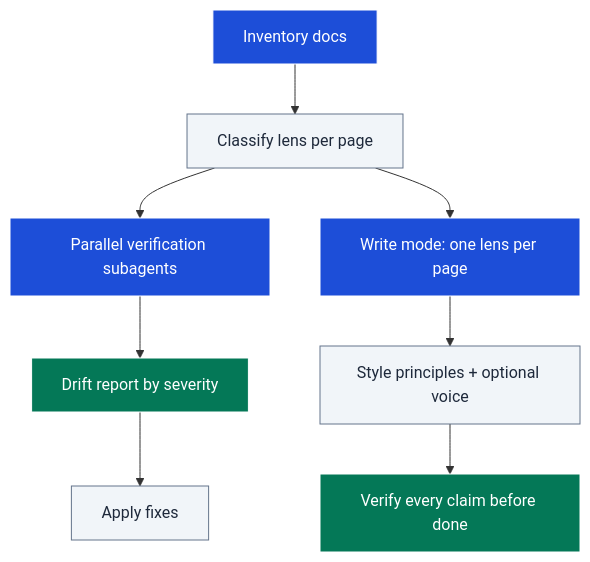
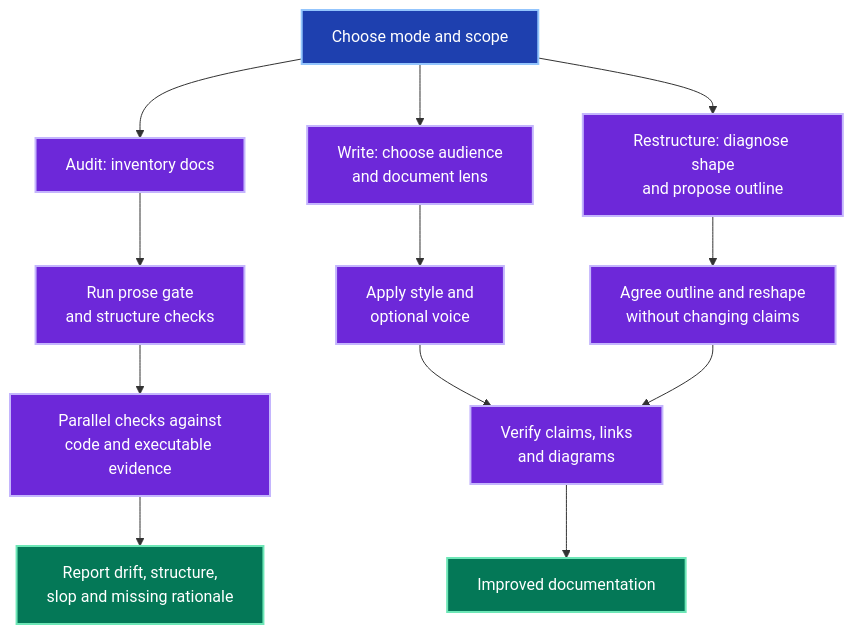
Before and after one commit to jpeakai/skills: the second of 2 diagrams in plugins/jpai-essentials/skills/gooddocs/README.md, drawn with Mermaid. The commit also changed other lines of this file and 118 other files, not shown here.

````diff
--- a/plugins/jpai-essentials/skills/gooddocs/README.md
+++ b/plugins/jpai-essentials/skills/gooddocs/README.md
@@ -53,17 +69,18 @@
 ```mermaid
 flowchart TD
-    I[Inventory docs] --> C[Classify lens per page]
-    C --> S[Parallel verification subagents]
-    S --> R[Drift report by severity]
-    R --> FX[Apply fixes]
-    C --> W[Write mode: one lens per page]
-    W --> P[Style principles + optional voice]
-    P --> V[Verify every claim before done]
+    T["Choose mode and scope"]:::source --> A["Audit: inventory docs"]:::process
+    T --> W["Write: choose audience<br/>and document lens"]:::process
+    T --> S["Restructure: diagnose shape<br/>and propose outline"]:::process
+    A --> P["Run prose gate<br/>and structure checks"]:::process
+    P --> C["Parallel checks against<br/>code and executable evidence"]:::process
+    C --> R["Report drift, structure,<br/>slop and missing rationale"]:::output
+    W --> L["Apply style and<br/>optional voice"]:::process
+    L --> V["Verify claims, links<br/>and diagrams"]:::process
+    S --> O["Agree outline and reshape<br/>without changing claims"]:::process
+    O --> V
+    V --> D["Improved documentation"]:::output
 
-    classDef primary fill:#1d4ed8,stroke:#fff,color:#fff
-    classDef secondary fill:#f1f5f9,stroke:#64748b,color:#1e293b
-    classDef accent fill:#047857,stroke:#fff,color:#fff
-    class I,S,W primary
-    class C,P,FX secondary
-    class R,V accent
+    classDef source fill:#1e40af,stroke:#93c5fd,color:#ffffff,stroke-width:2px
+    classDef process fill:#6d28d9,stroke:#c4b5fd,color:#ffffff,stroke-width:2px
+    classDef output fill:#047857,stroke:#6ee7b7,color:#ffffff,stroke-width:2px
 ```
````
